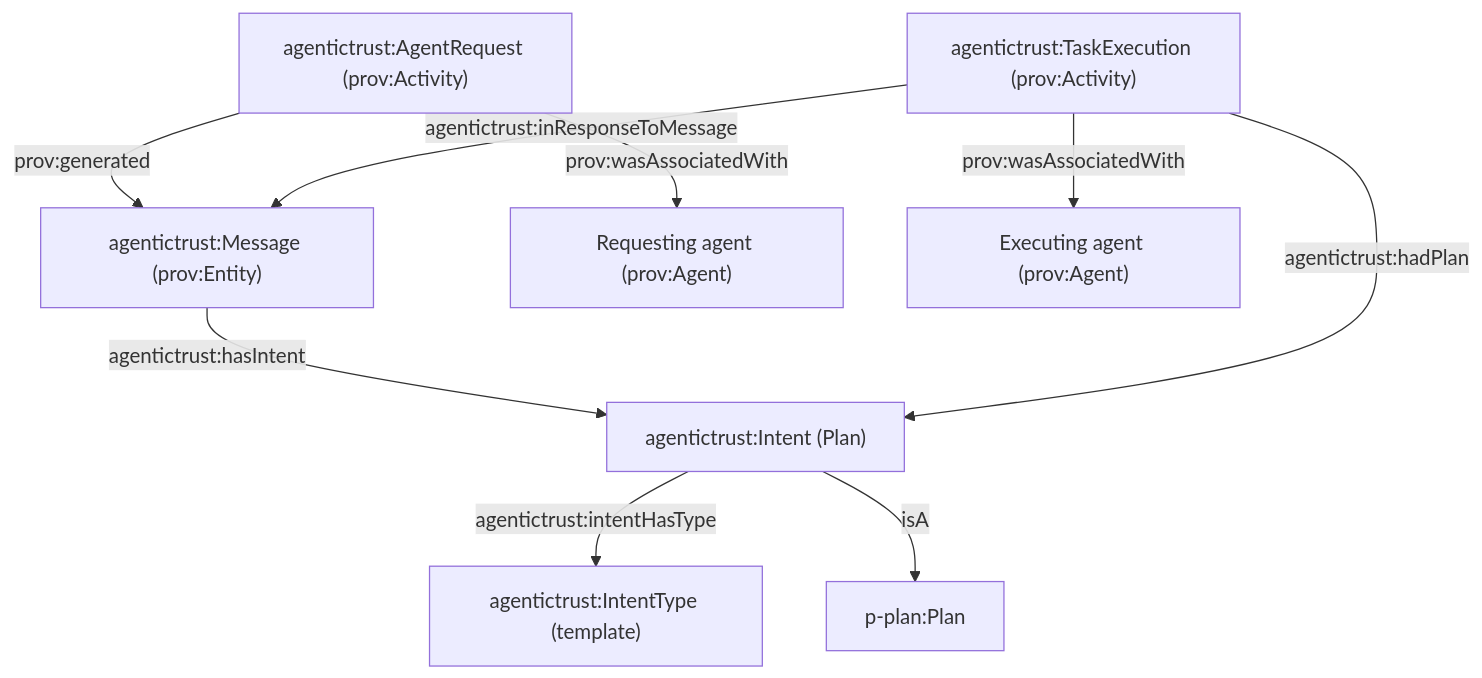
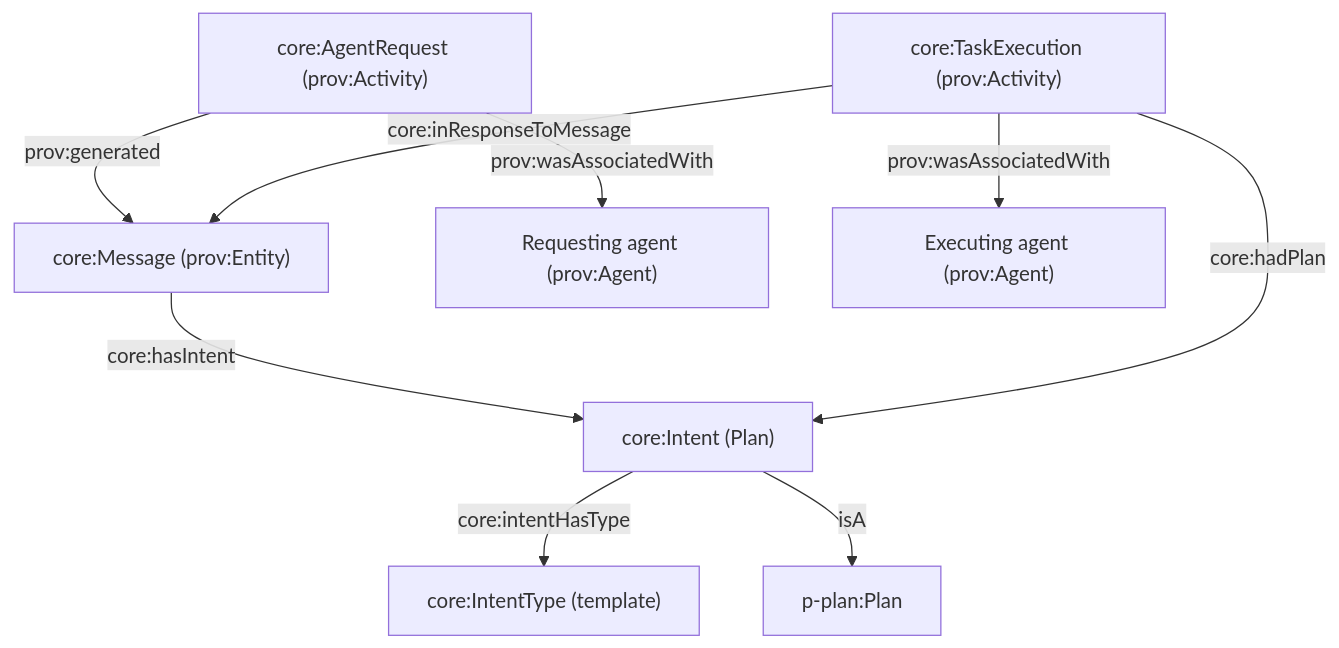
Before and after one commit to Agentic-Trust-Layer/agent-explorer: the first of 7 diagrams in docs/ontology/intent.md, drawn with Mermaid. The commit also changed other lines of this file and 49 other files, not shown here.

````diff
--- a/docs/ontology/intent.md
+++ b/docs/ontology/intent.md
@@ -33,22 +33,22 @@
 ```mermaid
 graph TB
   Plan["p-plan:Plan"]
-  IntentPlan["agentictrust:Intent (Plan)"]
-  IntentType["agentictrust:IntentType (template)"]
-  ReqAct["agentictrust:AgentRequest (prov:Activity)"]
-  Msg["agentictrust:Message (prov:Entity)"]
-  ExecAct["agentictrust:TaskExecution (prov:Activity)"]
+  IntentPlan["core:Intent (Plan)"]
+  IntentType["core:IntentType (template)"]
+  ReqAct["core:AgentRequest (prov:Activity)"]
+  Msg["core:Message (prov:Entity)"]
+  ExecAct["core:TaskExecution (prov:Activity)"]
   ReqAgent["Requesting agent (prov:Agent)"]
   ExecAgent["Executing agent (prov:Agent)"]
 
-  IntentPlan -->|agentictrust:intentHasType| IntentType
+  IntentPlan -->|core:intentHasType| IntentType
   IntentPlan -->|isA| Plan
 
   ReqAct -->|prov:wasAssociatedWith| ReqAgent
   ReqAct -->|prov:generated| Msg
-  Msg -->|agentictrust:hasIntent| IntentPlan
+  Msg -->|core:hasIntent| IntentPlan
 
   ExecAct -->|prov:wasAssociatedWith| ExecAgent
-  ExecAct -->|agentictrust:inResponseToMessage| Msg
-  ExecAct -->|agentictrust:hadPlan| IntentPlan
+  ExecAct -->|core:inResponseToMessage| Msg
+  ExecAct -->|core:hadPlan| IntentPlan
 ```
````
